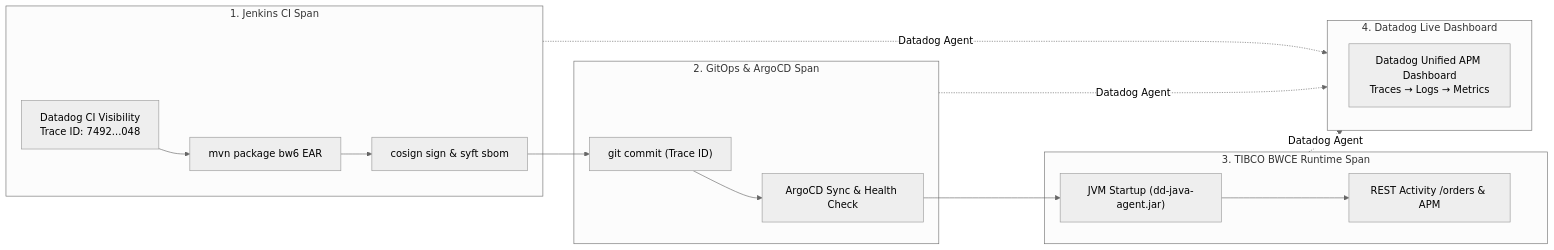
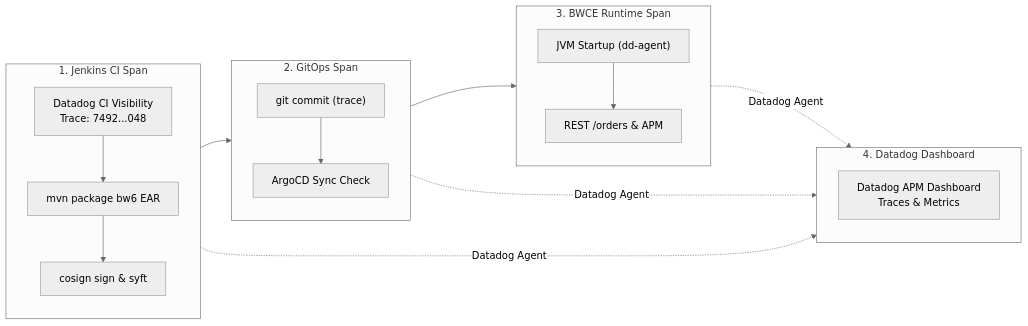
Diagram 15 of 15 in README.md (nubenetes/jenkins-without-git-parameter-bwce), drawn with Mermaid (neutral theme) before and after one commit. The commit also changed other lines of this file, not shown here.

Commit message:
fix(mermaid): enforce hard 20-char line limit on all diagram nodes to permanently prevent text clipping on GitHub

````diff
--- a/README.md
+++ b/README.md
@@ -874,29 +873,32 @@
 ```mermaid
 flowchart LR
     subgraph PipelineSpan["1. Jenkins CI Span"]
-        JTrace["Datadog CI Visibility<br/>Trace ID: 7492...048"]
+        direction TB
+        JTrace["Datadog CI Visibility<br/>Trace: 7492...048"]
         JBuild["mvn package bw6 EAR"]
-        JSign["cosign sign & syft sbom"]
+        JSign["cosign sign & syft"]
     end
 
-    subgraph GitOpsSpan["2. GitOps & ArgoCD Span"]
-        GCommit["git commit (Trace ID)"]
-        ASync["ArgoCD Sync & Health Check"]
+    subgraph GitOpsSpan["2. GitOps Span"]
+        direction TB
+        GCommit["git commit (trace)"]
+        ASync["ArgoCD Sync Check"]
     end
 
-    subgraph AppRuntimeSpan["3. TIBCO BWCE Runtime Span"]
-        AppStart["JVM Startup (dd-java-agent.jar)"]
-        HTTPReq["REST Activity /orders & APM"]
+    subgraph AppRuntimeSpan["3. BWCE Runtime Span"]
+        direction TB
+        AppStart["JVM Startup (dd-agent)"]
+        HTTPReq["REST /orders & APM"]
     end
 
-    subgraph UnifiedDatadog["4. Datadog Live Dashboard"]
-        DDDash["Datadog Unified APM Dashboard<br/>Traces → Logs → Metrics"]
+    subgraph UnifiedDatadog["4. Datadog Dashboard"]
+        DDDash["Datadog APM Dashboard<br/>Traces & Metrics"]
     end
 
     JTrace --> JBuild --> JSign
     JSign --> GCommit --> ASync
     ASync --> AppStart --> HTTPReq
     PipelineSpan -.->|"Datadog Agent"| UnifiedDatadog
     GitOpsSpan -.->|"Datadog Agent"| UnifiedDatadog
     AppRuntimeSpan -.->|"Datadog Agent"| UnifiedDatadog
 ```
````
